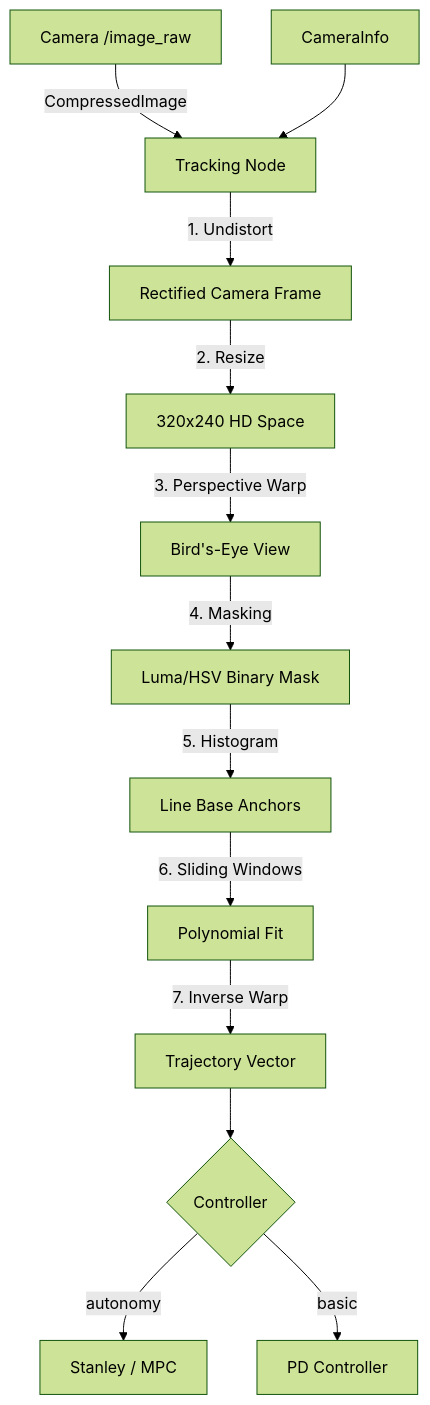
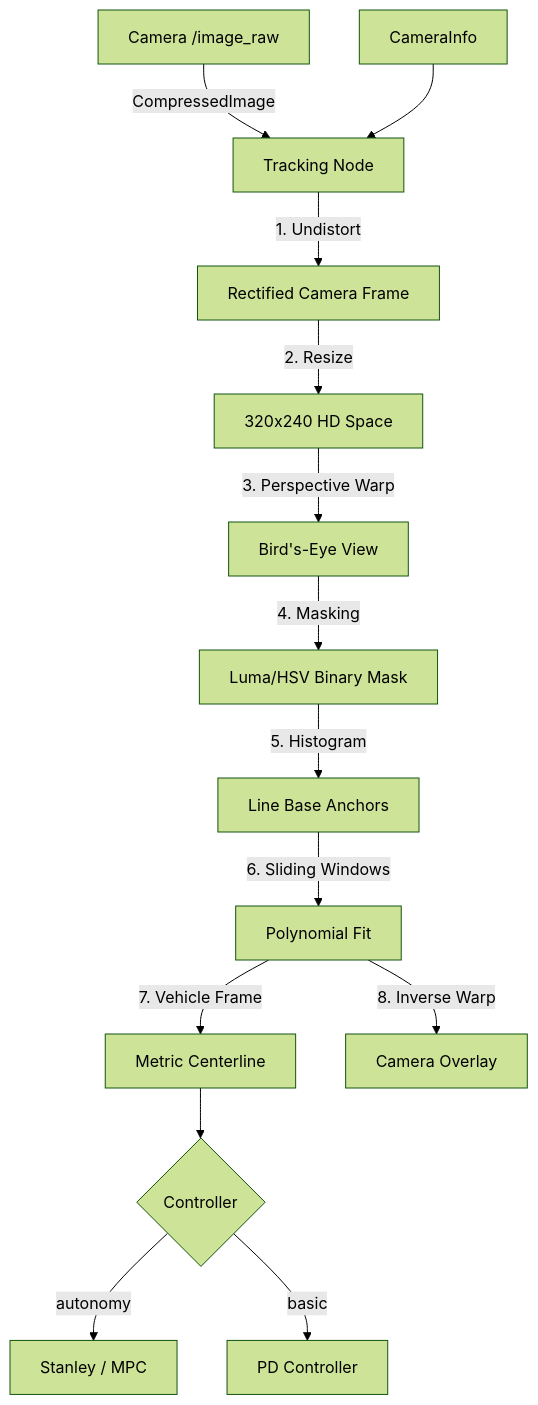
One commit to CagriCatik/JetRacer changed the first of 2 diagrams in docs/04_Perception_Stack.md. Above: the diagram before and after it, drawn with Mermaid (forest theme). The commit also changed other lines of this file and 19 other files, not shown here.

````diff
--- a/docs/04_Perception_Stack.md
+++ b/docs/04_Perception_Stack.md
@@ -14,15 +15,16 @@
 ```mermaid
 graph TD
     CAM[Camera /image_raw] -->|CompressedImage| CORE[Tracking Node]
     INFO[CameraInfo] --> CORE
     CORE -->|1. Undistort| UDT[Rectified Camera Frame]
     UDT -->|2. Resize| HD[320x240 HD Space]
     HD -->|3. Perspective Warp| BEV[Bird's-Eye View]
     BEV -->|4. Masking| MASK[Luma/HSV Binary Mask]
     MASK -->|5. Histogram| BASE[Line Base Anchors]
     BASE -->|6. Sliding Windows| POLY[Polynomial Fit]
-    POLY -->|7. Inverse Warp| WAYP[Trajectory Vector]
+    POLY -->|7. Vehicle Frame| WAYP[Metric Centerline]
+    POLY -->|8. Inverse Warp| CAMWP[Camera Overlay]
     WAYP --> SEL{Controller}
     SEL -->|autonomy| AUT[Stanley / MPC]
     SEL -->|basic| PD[PD Controller]
 ```
````
